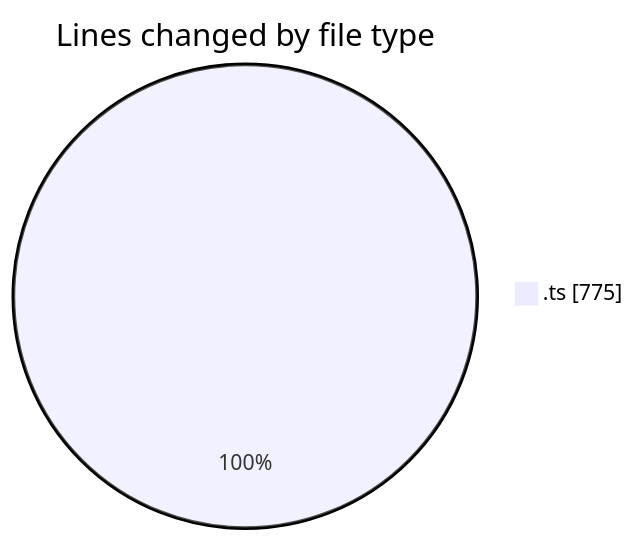
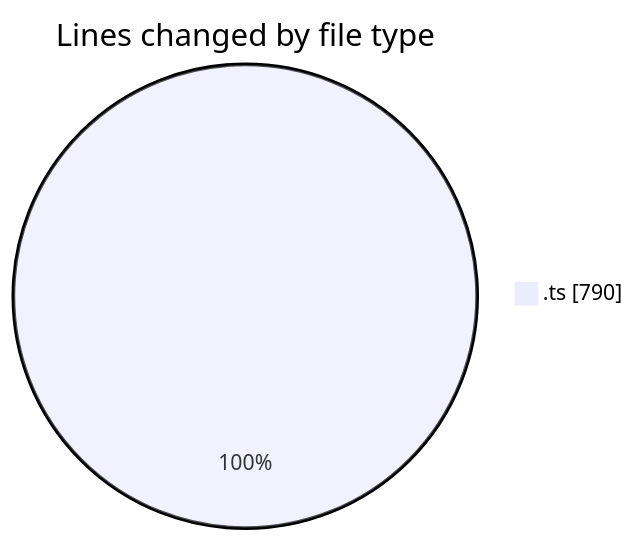
Before and after one commit to momahboobian/code-tracking: the first of 2 diagrams in 2025-08-11/cda/README.md, drawn with Mermaid. The commit also changed other lines of this file and 1 other file, not shown here.

````diff
--- a/2025-08-11/cda/README.md
+++ b/2025-08-11/cda/README.md
@@ -22,5 +22,5 @@
 ```mermaid
 pie showData
 title Lines changed by file type
-".ts" : 775
+".ts" : 790
 ```
````
